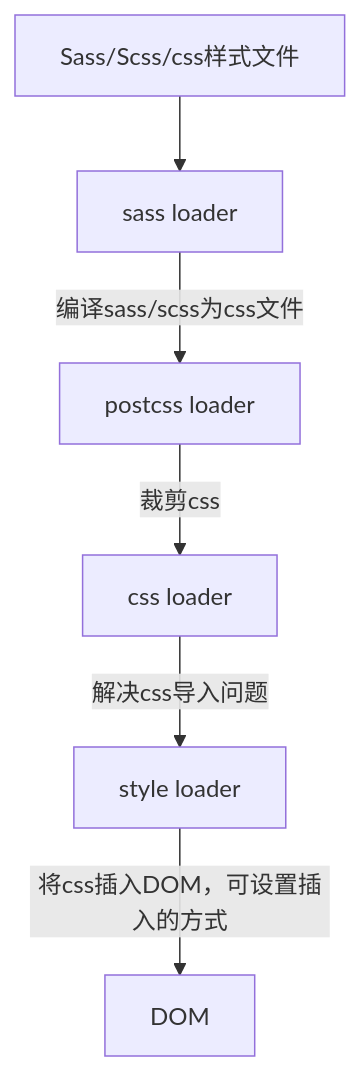
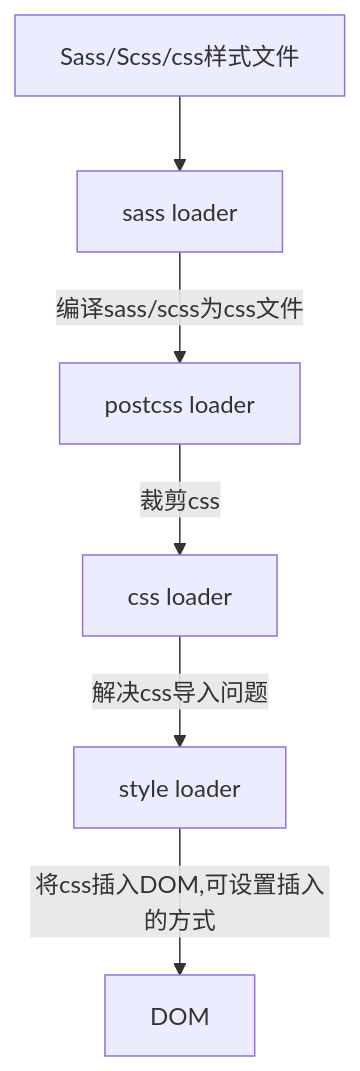
Before and after one commit to li1234yun/chrome-extension-with-react-template: the diagram in README.md, drawn with Mermaid.

````diff
--- a/README.md
+++ b/README.md
@@ -86,10 +86,10 @@
 ```mermaid
 graph TD
   F[Sass/Scss/css样式文件]
   LA[sass loader]
   LC[css loader]
   LS[style loader]
   LP[postcss loader]
 
-  F --> LA --编译sass/scss为css文件--> LP --裁剪css--> LC --解决css导入问题--> LS --将css插入DOM，可设置插入的方式--> DOM
+  F --> LA --编译sass/scss为css文件--> LP --裁剪css--> LC --解决css导入问题--> LS --将css插入DOM,可设置插入的方式--> DOM
 ```
````
